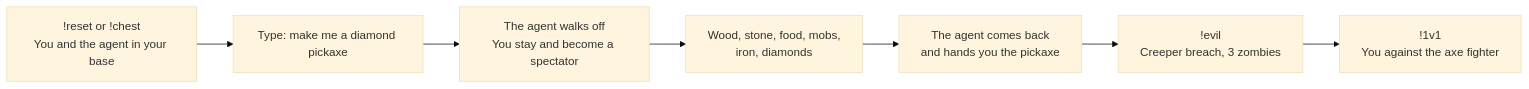
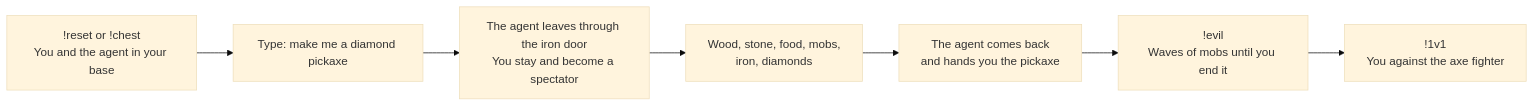
Before and after one commit to LiveFonam/cursor-for-minecraft: the diagram in docs/demo-walkthrough.md, drawn with Mermaid (base theme). The commit also changed other lines of this file and 47 other files, not shown here.

Commit message:
Add the lever door, always-on evil and tunnel memory

````diff
--- a/docs/demo-walkthrough.md
+++ b/docs/demo-walkthrough.md
@@ -5,9 +5,9 @@
 ```mermaid
 flowchart LR
     A["!reset or !chest<br/>You and the agent in your base"] --> B["Type: make me a diamond pickaxe"]
-    B --> C["The agent walks off<br/>You stay and become a spectator"]
+    B --> C["The agent leaves through the iron door<br/>You stay and become a spectator"]
     C --> D["Wood, stone, food, mobs,<br/>iron, diamonds"]
     D --> E["The agent comes back<br/>and hands you the pickaxe"]
-    E --> F["!evil<br/>Creeper breach, 3 zombies"]
+    E --> F["!evil<br/>Waves of mobs until you end it"]
     F --> G["!1v1<br/>You against the axe fighter"]
 ```
````
